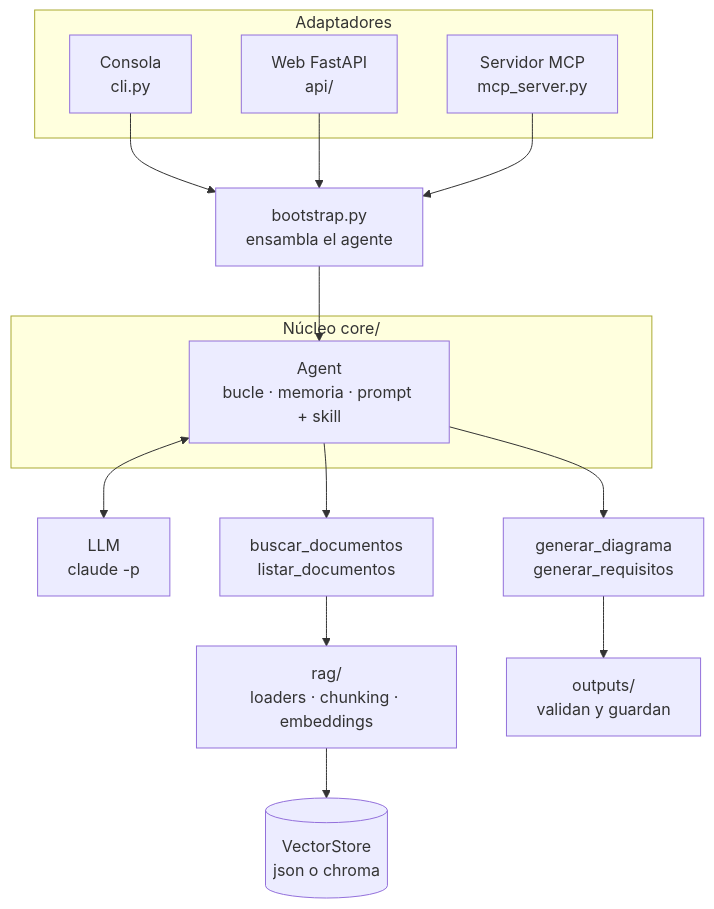
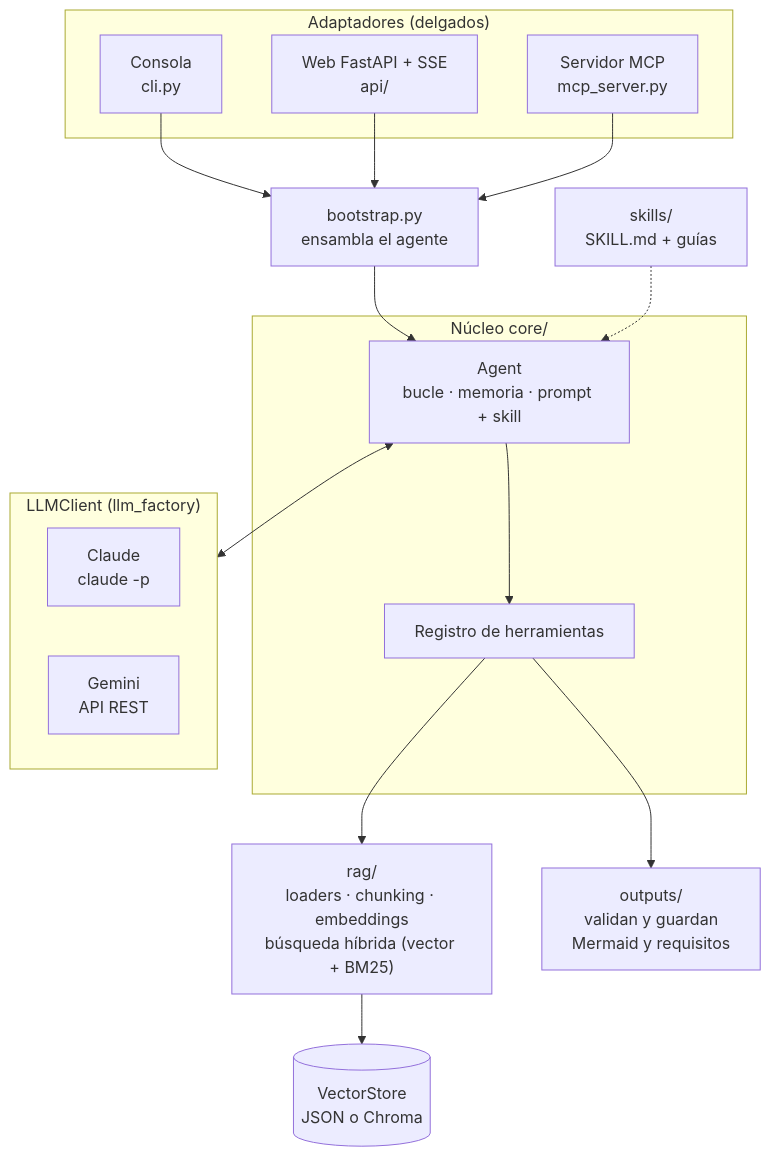
Before and after one commit to VictorMA18/AgentDocs: the first of 2 diagrams in README.md, drawn with Mermaid. The commit also changed other lines of this file and 2 other files, not shown here.

````diff
--- a/README.md
+++ b/README.md
@@ -19,28 +91,31 @@
 ```mermaid
 flowchart TD
-    subgraph ADAPT["Adaptadores"]
+    subgraph ADAPT["Adaptadores (delgados)"]
         CLI["Consola<br/>cli.py"]
-        WEB["Web FastAPI<br/>api/"]
+        WEB["Web FastAPI + SSE<br/>api/"]
         MCP["Servidor MCP<br/>mcp_server.py"]
     end
     BOOT["bootstrap.py<br/>ensambla el agente"]
     subgraph NUCLEO["Núcleo core/"]
         AG["Agent<br/>bucle · memoria · prompt + skill"]
+        TOOLS["Registro de herramientas"]
     end
-    LLM["LLM<br/>claude -p"]
-    TRAG["buscar_documentos<br/>listar_documentos"]
-    TOUT["generar_diagrama<br/>generar_requisitos"]
-    RAG["rag/<br/>loaders · chunking · embeddings"]
-    VS[("VectorStore<br/>json o chroma")]
-    OUT["outputs/<br/>validan y guardan"]
+    subgraph LLMS["LLMClient (llm_factory)"]
+        CLAUDE["Claude<br/>claude -p"]
+        GEMINI["Gemini<br/>API REST"]
+    end
+    SKILL["skills/<br/>SKILL.md + guías"]
+    RAG["rag/<br/>loaders · chunking · embeddings<br/>búsqueda híbrida (vector + BM25)"]
+    VS[("VectorStore<br/>JSON o Chroma")]
+    OUT["outputs/<br/>validan y guardan<br/>Mermaid y requisitos"]
     CLI --> BOOT
     WEB --> BOOT
     MCP --> BOOT
     BOOT --> AG
-    AG <--> LLM
-    AG --> TRAG
-    AG --> TOUT
-    TRAG --> RAG
+    AG <--> LLMS
+    AG --> TOOLS
+    SKILL -.-> AG
+    TOOLS --> RAG
+    TOOLS --> OUT
     RAG --> VS
-    TOUT --> OUT
 ```
````
